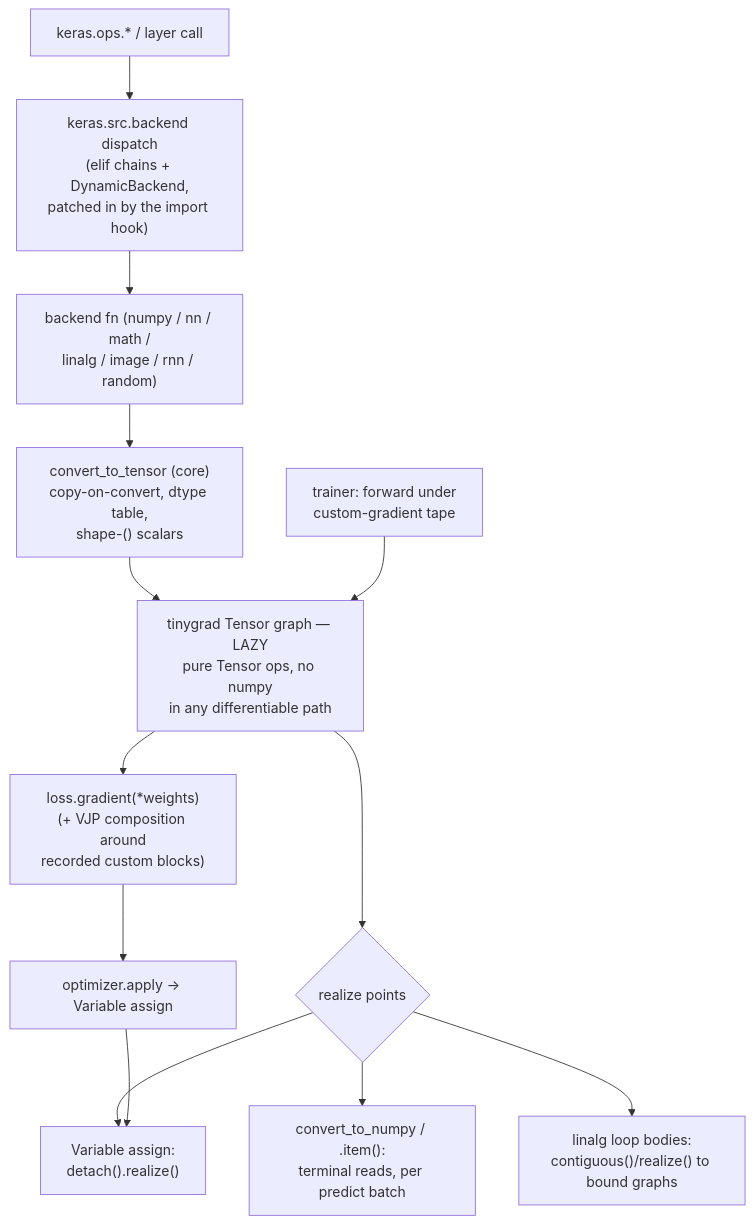
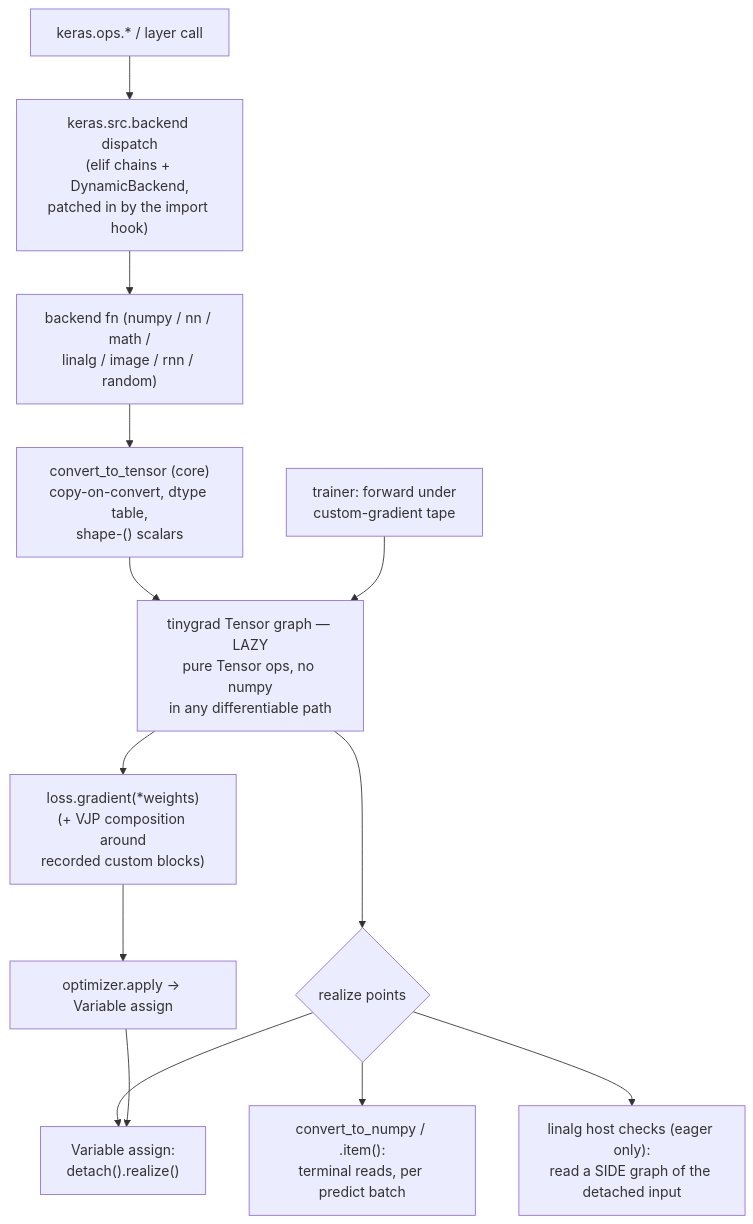
The diagram in docs/architecture.md (c4ffein/keras-tinygrad), drawn with Mermaid before and after one commit. The commit also changed other lines of this file and 43 other files, not shown here.

````diff
--- a/docs/architecture.md
+++ b/docs/architecture.md
@@ -18,14 +19,14 @@
 ```mermaid
 flowchart TD
     A["keras.ops.* / layer call"] --> B["keras.src.backend dispatch<br/>(elif chains + DynamicBackend,<br/>patched in by the import hook)"]
     B --> C["backend fn (numpy / nn / math /<br/>linalg / image / rnn / random)"]
     C --> D["convert_to_tensor (core)<br/>copy-on-convert, dtype table,<br/>shape-() scalars"]
     D --> E["tinygrad Tensor graph — LAZY<br/>pure Tensor ops, no numpy<br/>in any differentiable path"]
     E --> F{realize points}
     F --> G["Variable assign:<br/>detach().realize()"]
     F --> H["convert_to_numpy / .item():<br/>terminal reads, per predict batch"]
-    F --> I["linalg loop bodies:<br/>contiguous()/realize() to bound graphs"]
+    F --> I["linalg host checks (eager only):<br/>read a SIDE graph of the detached input"]
     T["trainer: forward under<br/>custom-gradient tape"] --> E
     E --> L["loss.gradient(*weights)<br/>(+ VJP composition around<br/>recorded custom blocks)"]
     L --> M["optimizer.apply → Variable assign"] --> G
 ```
````
